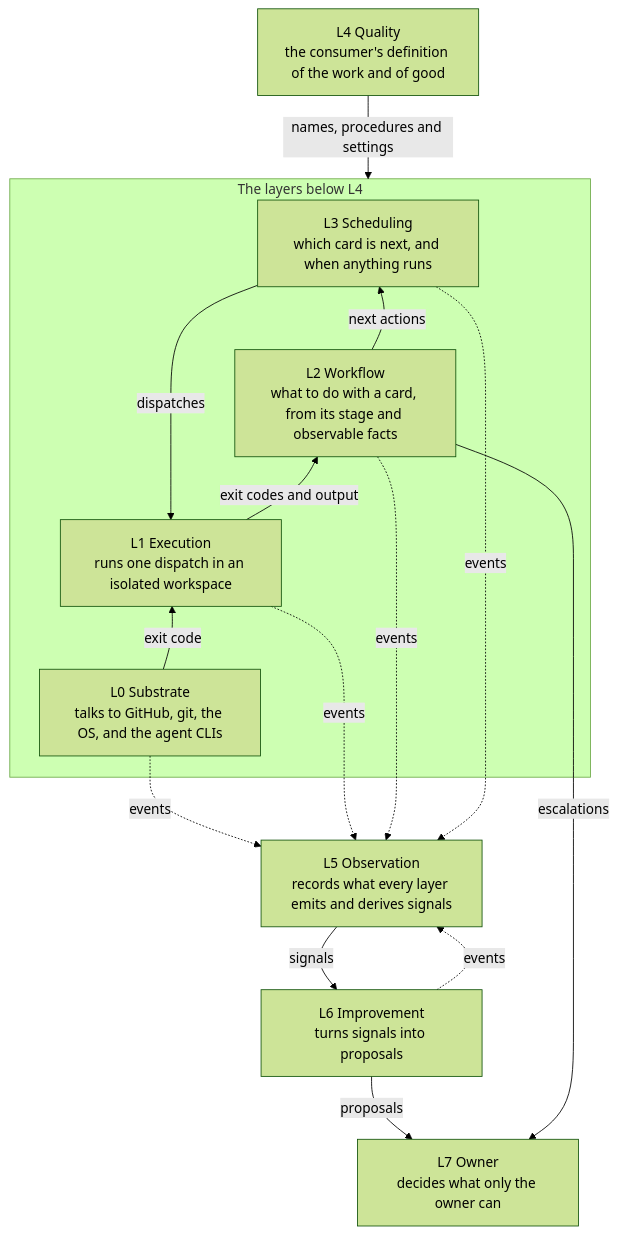
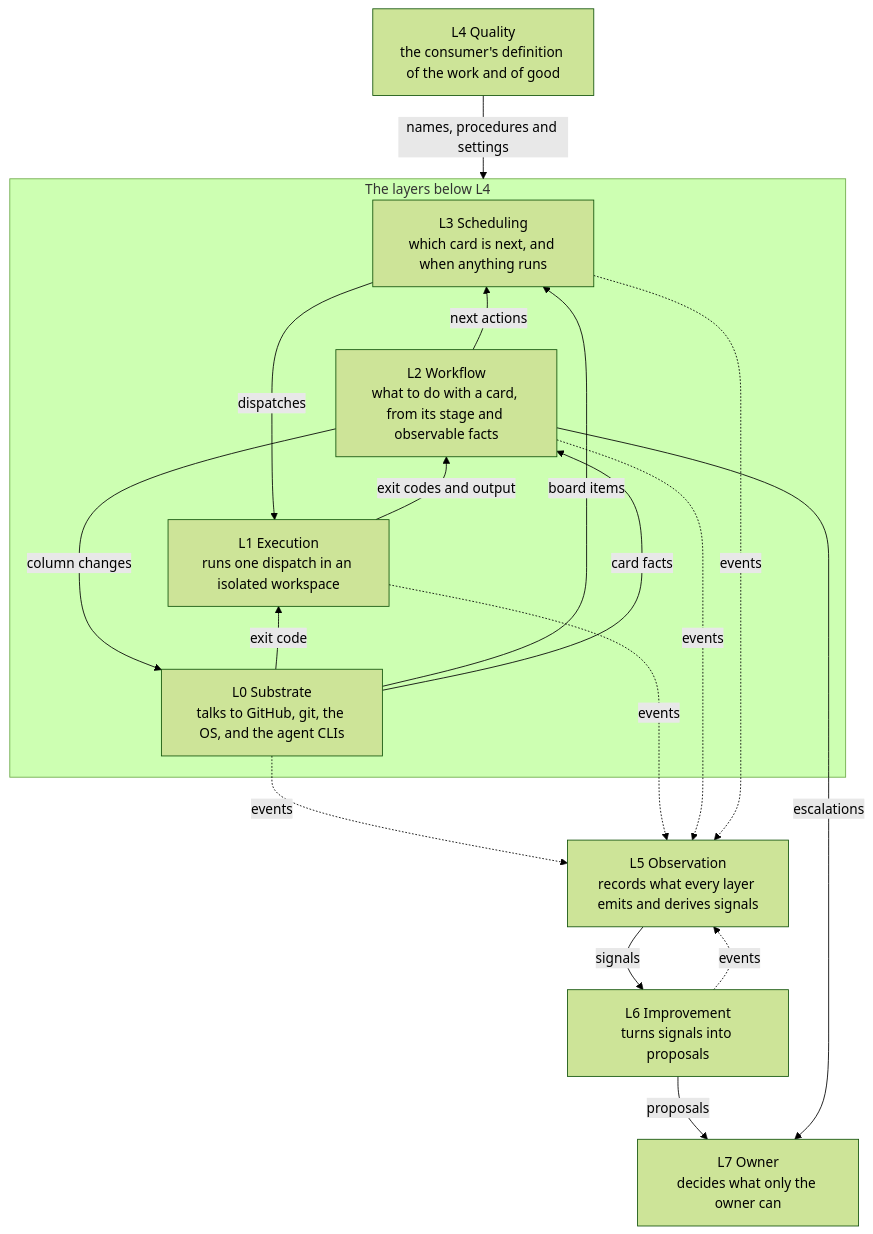
Before and after one commit to williacj/rigger: the diagram in ARCHITECTURE.md, drawn with Mermaid (forest theme). The commit also changed other lines of this file and 1 other file, not shown here.

First line of the commit message:
Place board reads, column changes and priority ranking in the architecture

````diff
--- a/ARCHITECTURE.md
+++ b/ARCHITECTURE.md
@@ -66,28 +68,31 @@
 ```mermaid
 flowchart TB
   L5["L5 Observation<br/>records what every layer emits and derives signals"]
   L6["L6 Improvement<br/>turns signals into proposals"]
   L7["L7 Owner<br/>decides what only the owner can"]
   L4["L4 Quality<br/>the consumer's definition of the work and of good"]
   subgraph below["The layers below L4"]
     L3["L3 Scheduling<br/>which card is next, and when anything runs"]
     L2["L2 Workflow<br/>what to do with a card, from its stage and observable facts"]
     L1["L1 Execution<br/>runs one dispatch in an isolated workspace"]
     L0["L0 Substrate<br/>talks to GitHub, git, the OS, and the agent CLIs"]
   end
   %% Invisible links, carrying nothing but the order of the stack.
   L3 ~~~ L2 ~~~ L1 ~~~ L0
   L4 -->|names, procedures and settings| below
   L2 -->|next actions| L3
   L3 -->|dispatches| L1
   L1 -->|exit codes and output| L2
   L0 -->|exit code| L1
+  L0 -->|board items| L3
+  L0 -->|card facts| L2
+  L2 -->|column changes| L0
   L0 -.->|events| L5
   L1 -.->|events| L5
   L2 -.->|events| L5
   L3 -.->|events| L5
   L6 -.->|events| L5
   L5 -->|signals| L6
   L6 -->|proposals| L7
   L2 -->|escalations| L7
 ```
````
